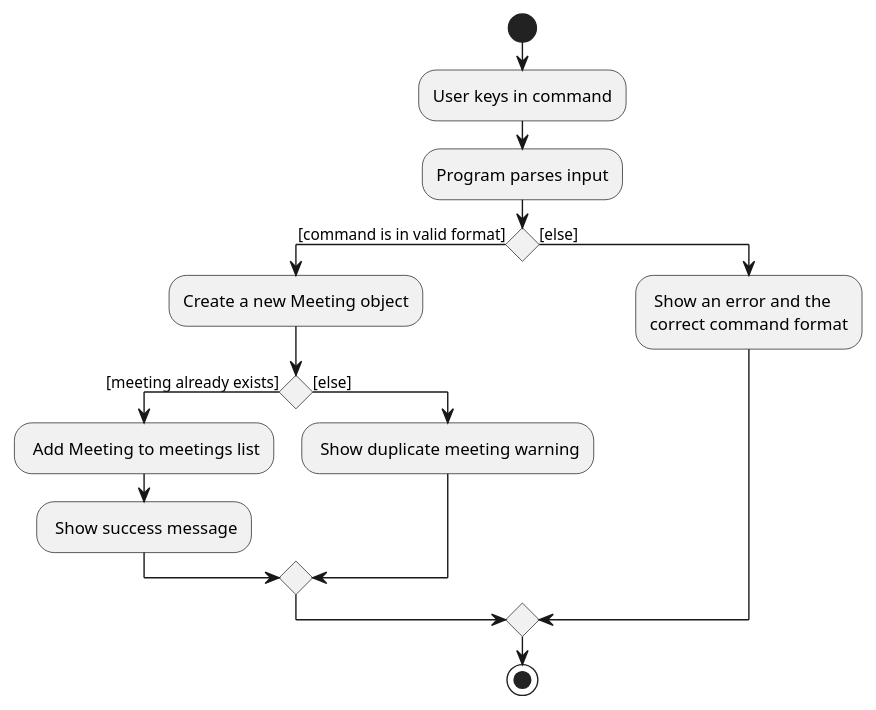
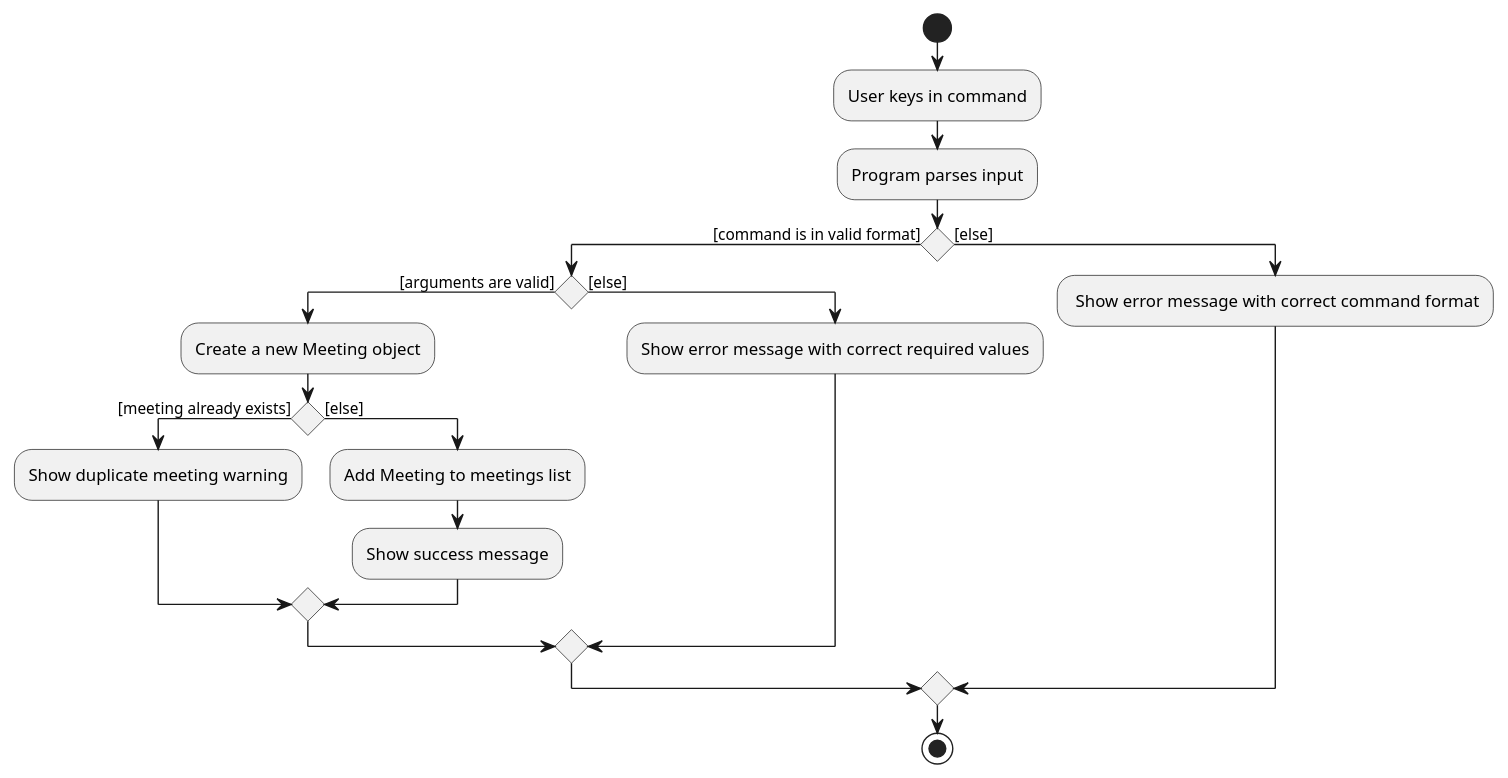
Before and after one commit to sebastiantoh/tp: the diagram in docs/diagrams/MeetingAddActivityDiagram.puml, drawn with PlantUML. The commit also changed 1 other file, not shown here.

Commit message:
Update activity diagram for `meeting add`

```diff
--- a/docs/diagrams/MeetingAddActivityDiagram.puml
+++ b/docs/diagrams/MeetingAddActivityDiagram.puml
@@ -1,27 +1,27 @@
 @startuml
 start
 :User keys in command;
 
 'Since the beta syntax does not support placing the condition outside the
 'diamond we place it as the true branch instead.
 
 :Program parses input;
 
 if () then ([command is in valid format])
-    :Create a new Meeting object;
-
-    if () then ([meeting already exists])
-        : Add Meeting to meetings list;
-        : Show success message;
-
+    if () then ([arguments are valid])
+        :Create a new Meeting object;
+        if () then ([meeting already exists])
+            :Show duplicate meeting warning;
+        else ([else])
+            :Add Meeting to meetings list;
+            :Show success message;
+        endif
     else ([else])
-        : Show duplicate meeting warning;
+        :Show error message with correct required values;
     endif
-
 else ([else])
-    : Show an error and the
-    correct command format;
+    : Show error message with correct command format;
 endif
 
 stop
 @enduml
```
